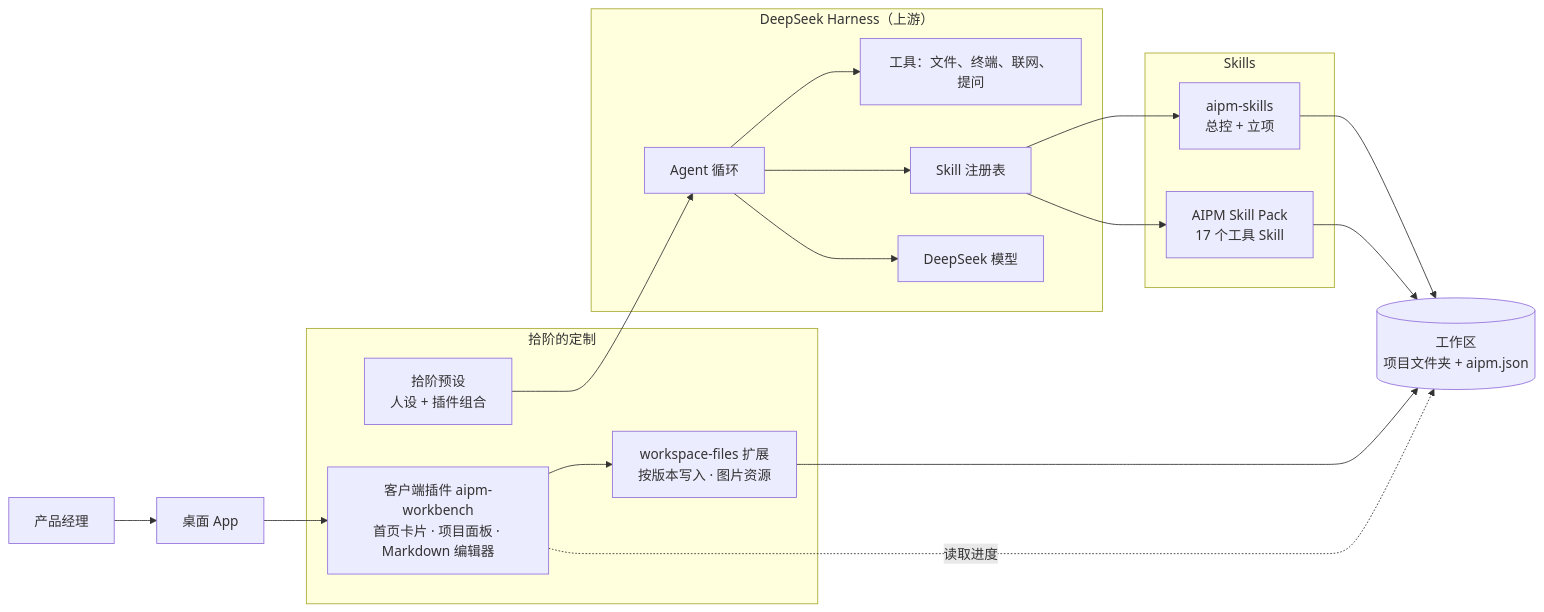
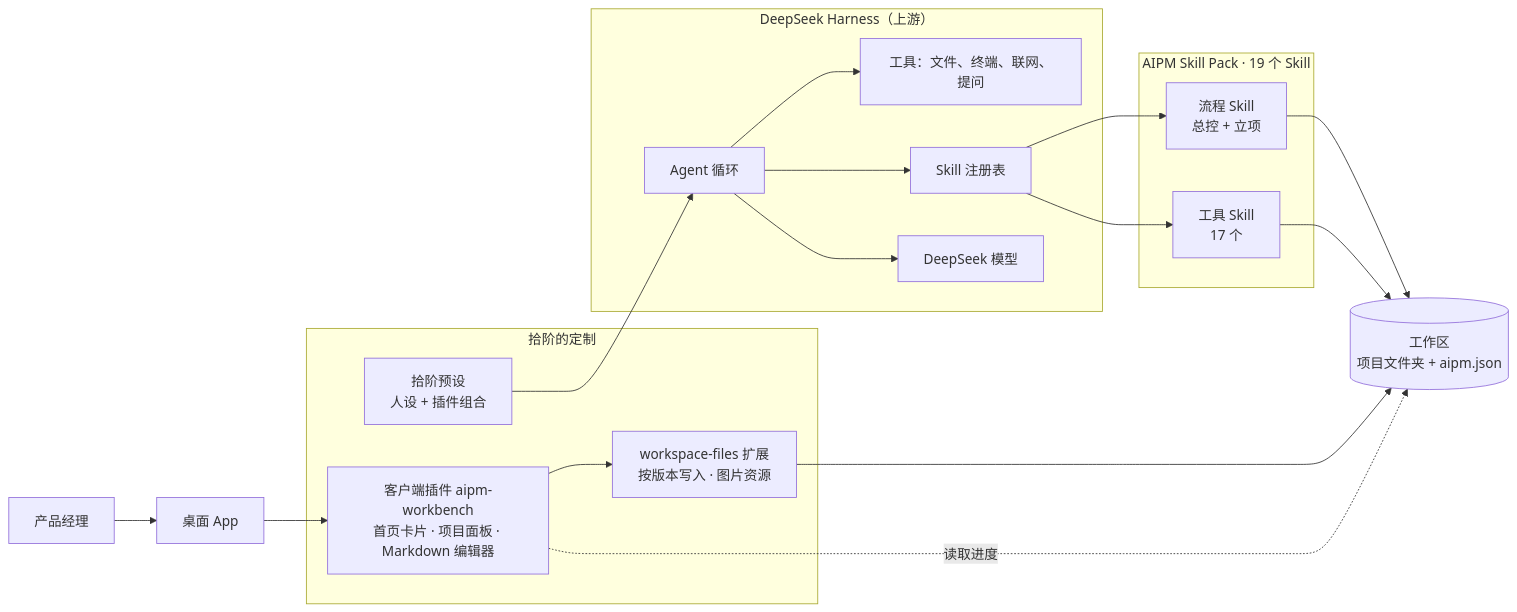
The diagram in README.md (ZeroOnehub/aipm-workbench), drawn with Mermaid before and after one commit. The commit also changed other lines of this file and 1 other file, not shown here.

Commit message:
docs: 全部 skill 改由 AIPM Skill Pack 提供（总控、立项已并入）

````diff
--- a/README.md
+++ b/README.md
@@ -51,31 +51,31 @@
 ```mermaid
 flowchart LR
   PM[产品经理] --> UI[桌面 App]
 
   subgraph AIPM[拾阶的定制]
     Client[客户端插件 aipm-workbench<br/>首页卡片 · 项目面板 · Markdown 编辑器]
     Preset[拾阶预设<br/>人设 + 插件组合]
     Files[workspace-files 扩展<br/>按版本写入 · 图片资源]
   end
 
   subgraph DSH[DeepSeek Harness（上游）]
     Loop[Agent 循环] --> Tools[工具：文件、终端、联网、提问]
     Loop --> Registry[Skill 注册表]
     Loop --> LLM[DeepSeek 模型]
   end
 
-  subgraph Skills[Skills]
-    Flow[aipm-skills<br/>总控 + 立项]
-    Pack[AIPM Skill Pack<br/>17 个工具 Skill]
+  subgraph Skills[AIPM Skill Pack · 19 个 Skill]
+    Flow[流程 Skill<br/>总控 + 立项]
+    Pack[工具 Skill<br/>17 个]
   end
 
   UI --> Client
   Client --> Files
   Preset --> Loop
   Registry --> Flow
   Registry --> Pack
   Flow --> WS[(工作区<br/>项目文件夹 + aipm.json)]
   Pack --> WS
   Files --> WS
   Client -. 读取进度 .-> WS
 ```
````
